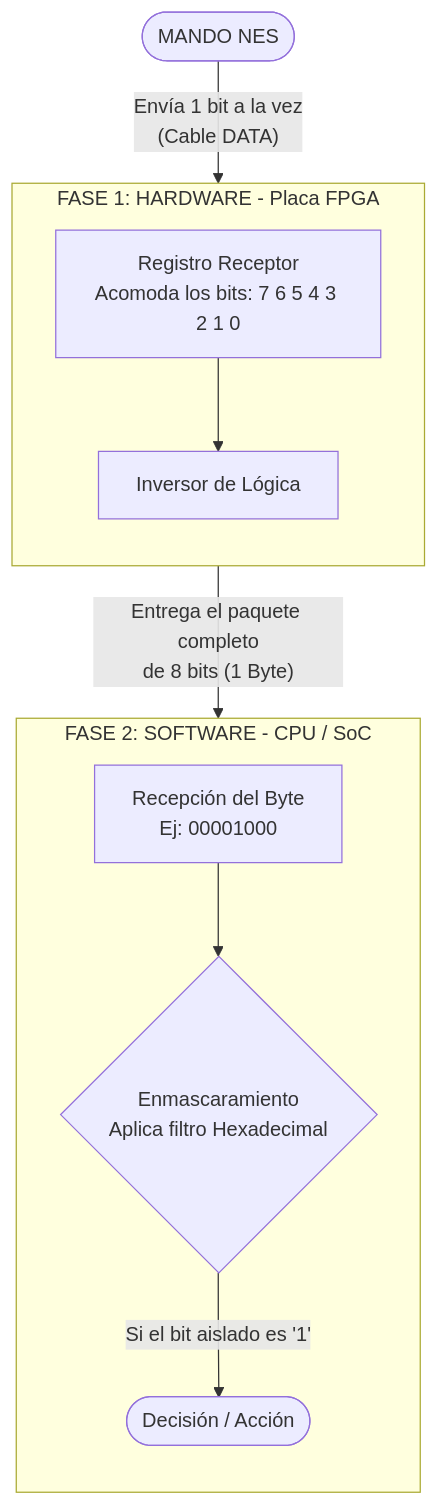
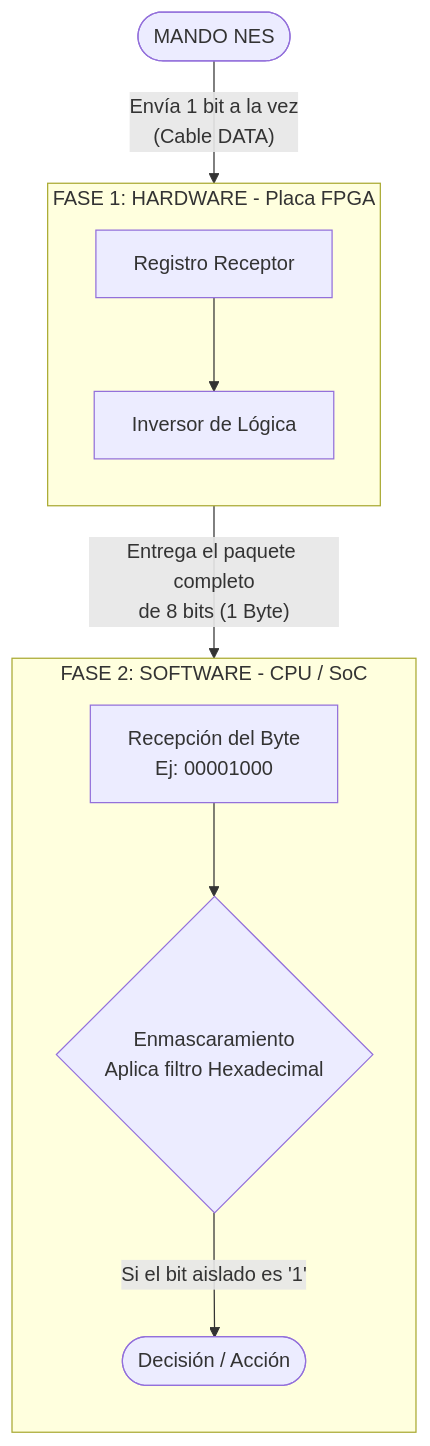
Before and after one commit to manuconnect/parcial-2.0: the diagram in nes.md, drawn with Mermaid.

Commit message:
Update receptor register label in nes.md
Simplify the label of the receptor register in the diagram.

````diff
--- a/nes.md
+++ b/nes.md
@@ -30,24 +30,24 @@
 ```mermaid
 flowchart TD
     Mando([MANDO NES]) -- "Envía 1 bit a la vez\n(Cable DATA)" --> Reg
 
     subgraph FASE1 [FASE 1: HARDWARE - Placa FPGA]
         direction TB
-        Reg[Registro Receptor\nAcomoda los bits: 7 6 5 4 3 2 1 0]
+        Reg[Registro Receptor]
         Inv[Inversor de Lógica]
         
         Reg --> Inv
     end
 
     Inv -- "Entrega el paquete completo\nde 8 bits (1 Byte)" --> Rx
 
     subgraph FASE2 [FASE 2: SOFTWARE - CPU / SoC]
         direction TB
         Rx[Recepción del Byte\nEj: 00001000]
         Mask{Enmascaramiento\nAplica filtro Hexadecimal}
         Accion([Decisión / Acción])
         
         Rx --> Mask
         Mask -- "Si el bit aislado es '1'" --> Accion
     end 
 ```
````
